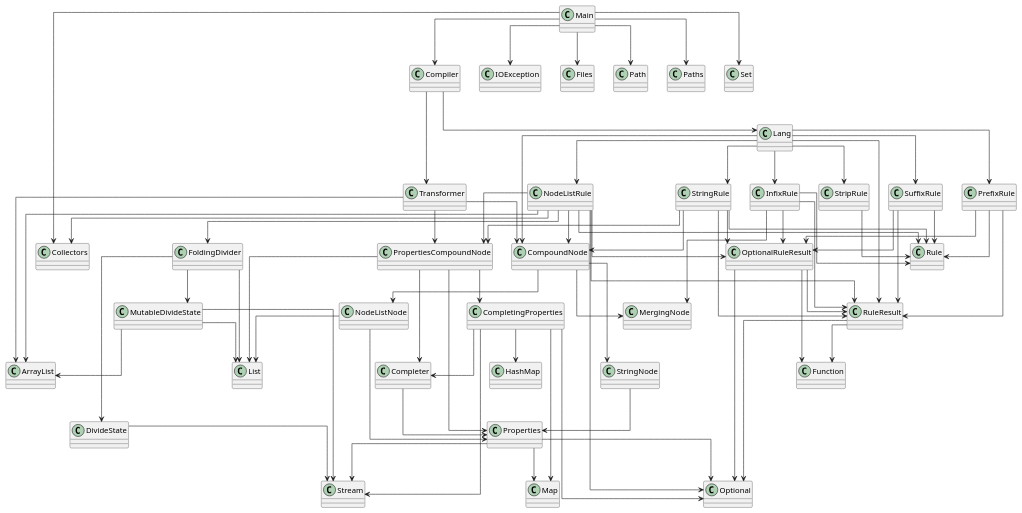
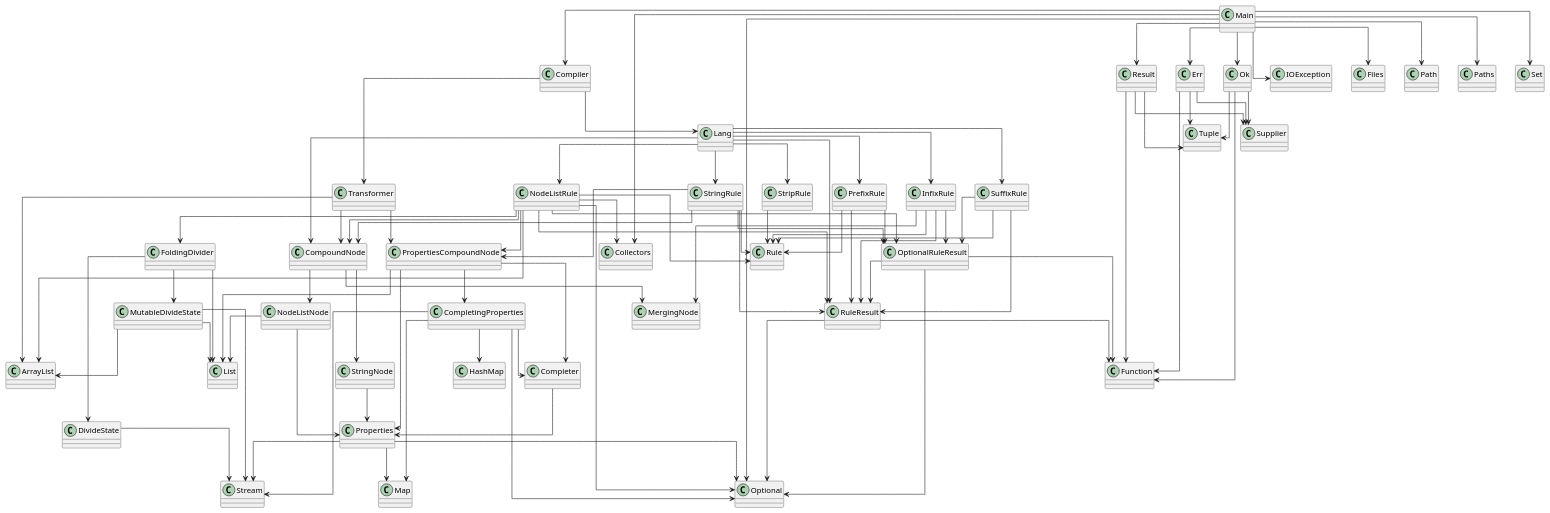
Before and after one commit to SirMathhman/Magma: the diagram in diagram.puml, drawn with PlantUML. The commit also changed 5 other files, not shown here.

Commit message:
Introduce Result, Tuple

```diff
--- a/diagram.puml
+++ b/diagram.puml
@@ -1,103 +1,120 @@
 @startuml
 skinparam linetype ortho
 class Properties
 Properties --> Map
 Properties --> Optional
 Properties --> Stream
-class PropertiesCompoundNode
-PropertiesCompoundNode --> CompletingProperties
-PropertiesCompoundNode --> Properties
-PropertiesCompoundNode --> Completer
-PropertiesCompoundNode --> List
 class FoldingDivider
 FoldingDivider --> DivideState
 FoldingDivider --> MutableDivideState
 FoldingDivider --> List
 class Transformer
 Transformer --> CompoundNode
 Transformer --> PropertiesCompoundNode
 Transformer --> ArrayList
+class Result
+Result --> Tuple
+Result --> Function
+Result --> Supplier
 class DivideState
 DivideState --> Stream
 class InfixRule
 InfixRule --> Rule
 InfixRule --> MergingNode
 InfixRule --> RuleResult
 InfixRule --> OptionalRuleResult
 class NodeListRule
 NodeListRule --> Rule
 NodeListRule --> CompoundNode
 NodeListRule --> PropertiesCompoundNode
 NodeListRule --> FoldingDivider
 NodeListRule --> RuleResult
 NodeListRule --> OptionalRuleResult
 NodeListRule --> ArrayList
 NodeListRule --> Optional
 NodeListRule --> Collectors
 class RuleResult
 RuleResult --> Optional
 RuleResult --> Function
-class StripRule
-StripRule --> Rule
 class MergingNode
-class Completer
-Completer --> Properties
 class StringRule
 StringRule --> Rule
 StringRule --> CompoundNode
 StringRule --> PropertiesCompoundNode
 StringRule --> RuleResult
 StringRule --> OptionalRuleResult
 class Rule
 class PrefixRule
 PrefixRule --> Rule
 PrefixRule --> RuleResult
 PrefixRule --> OptionalRuleResult
-class NodeListNode
-NodeListNode --> Properties
-NodeListNode --> List
+class Err
+Err --> Tuple
+Err --> Function
+Err --> Supplier
 class CompoundNode
 CompoundNode --> MergingNode
 CompoundNode --> NodeListNode
 CompoundNode --> StringNode
 class MutableDivideState
 MutableDivideState --> ArrayList
 MutableDivideState --> List
 MutableDivideState --> Stream
-class OptionalRuleResult
-OptionalRuleResult --> RuleResult
-OptionalRuleResult --> Optional
-OptionalRuleResult --> Function
 class Lang
 Lang --> CompoundNode
 Lang --> NodeListRule
 Lang --> InfixRule
 Lang --> PrefixRule
 Lang --> StringRule
 Lang --> StripRule
 Lang --> SuffixRule
 Lang --> RuleResult
-class Main
-Main --> Compiler
-Main --> IOException
-Main --> Files
-Main --> Path
-Main --> Paths
-Main --> Set
-Main --> Collectors
 class CompletingProperties
 CompletingProperties --> Completer
 CompletingProperties --> HashMap
 CompletingProperties --> Map
 CompletingProperties --> Optional
 CompletingProperties --> Stream
+class Compiler
+Compiler --> Lang
+Compiler --> Transformer
+class Tuple
+class StringNode
+StringNode --> Properties
+class PropertiesCompoundNode
+PropertiesCompoundNode --> CompletingProperties
+PropertiesCompoundNode --> Properties
+PropertiesCompoundNode --> Completer
+PropertiesCompoundNode --> List
+class StripRule
+StripRule --> Rule
+class Completer
+Completer --> Properties
+class NodeListNode
+NodeListNode --> Properties
+NodeListNode --> List
+class OptionalRuleResult
+OptionalRuleResult --> RuleResult
+OptionalRuleResult --> Optional
+OptionalRuleResult --> Function
+class Main
+Main --> Err
+Main --> Ok
+Main --> Result
+Main --> Compiler
+Main --> IOException
+Main --> Files
+Main --> Path
+Main --> Paths
+Main --> Optional
+Main --> Set
+Main --> Collectors
 class SuffixRule
 SuffixRule --> Rule
 SuffixRule --> RuleResult
 SuffixRule --> OptionalRuleResult
-class Compiler
-Compiler --> Lang
-Compiler --> Transformer
-class StringNode
-StringNode --> Properties
+class Ok
+Ok --> Tuple
+Ok --> Function
+Ok --> Supplier
 @enduml
```
